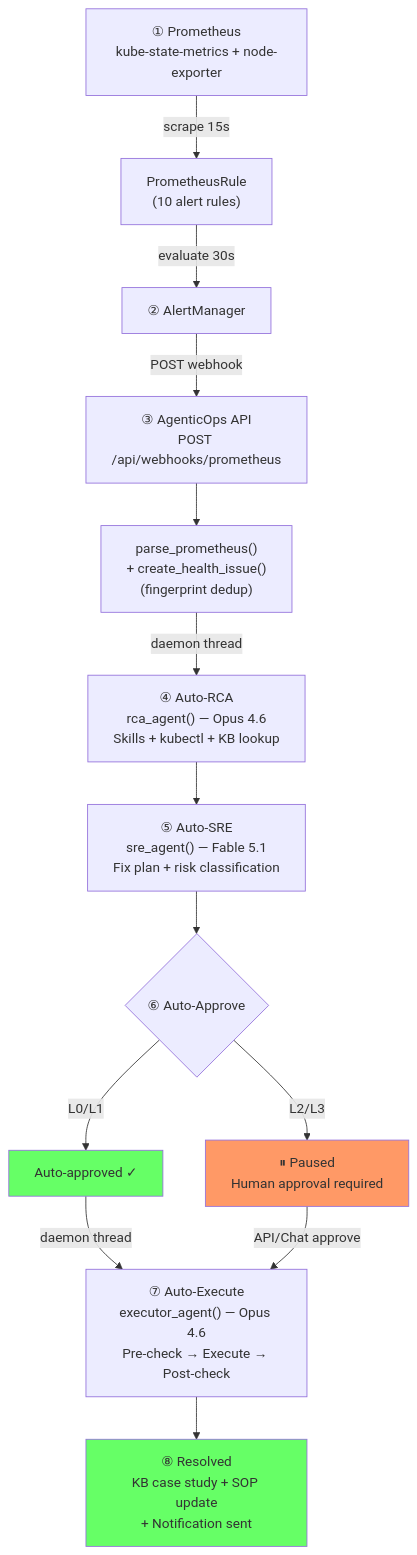
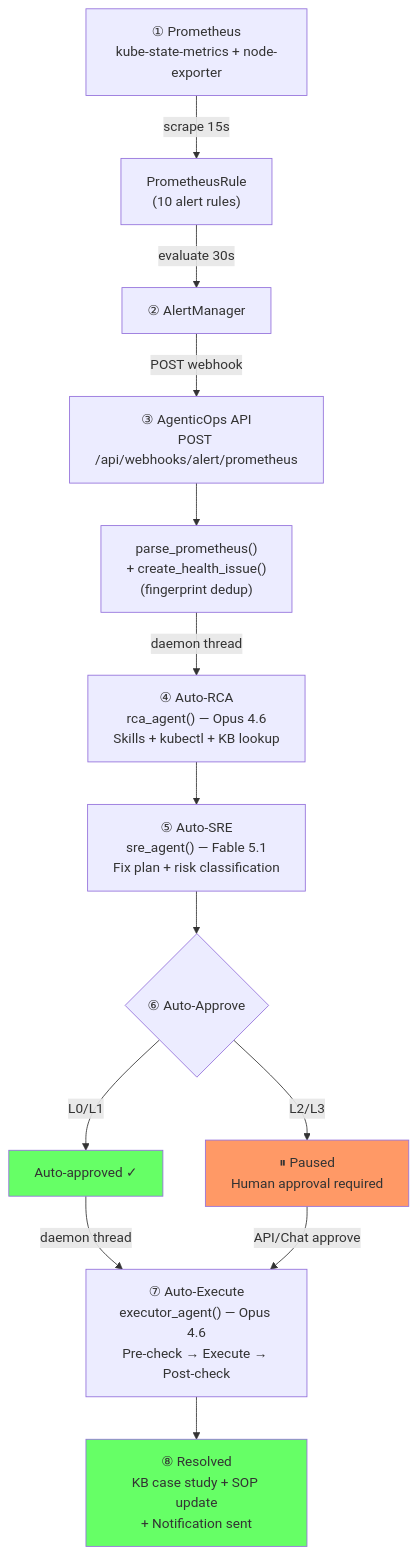
One commit to LiboMa/agenticops-chat changed the eighth of 20 diagrams in docs/WORKFLOW.md. Above: the diagram before and after it, drawn with Mermaid. The commit also changed other lines of this file and 3 other files, not shown here.

````diff
--- a/docs/WORKFLOW.md
+++ b/docs/WORKFLOW.md
@@ -348,26 +348,26 @@
 ```mermaid
 flowchart TD
     PROM["① Prometheus<br/>kube-state-metrics + node-exporter"] -->|scrape 15s| RULES["PrometheusRule<br/>(10 alert rules)"]
     RULES -->|evaluate 30s| AM["② AlertManager"]
-    AM -->|POST webhook| WH["③ AgenticOps API<br/>POST /api/webhooks/prometheus"]
+    AM -->|POST webhook| WH["③ AgenticOps API<br/>POST /api/webhooks/alert/prometheus"]
 
     WH --> PARSE["parse_prometheus()<br/>+ create_health_issue()<br/>(fingerprint dedup)"]
 
     PARSE -->|daemon thread| RCA["④ Auto-RCA<br/>rca_agent() — Opus 4.6<br/>Skills + kubectl + KB lookup"]
 
     RCA --> SRE["⑤ Auto-SRE<br/>sre_agent() — Fable 5.1<br/>Fix plan + risk classification"]
 
     SRE --> APPROVE{"⑥ Auto-Approve"}
     APPROVE -->|L0/L1| AUTO["Auto-approved ✓"]
     APPROVE -->|L2/L3| HUMAN["⏸ Paused<br/>Human approval required"]
 
     AUTO -->|daemon thread| EXEC["⑦ Auto-Execute<br/>executor_agent() — Opus 4.6<br/>Pre-check → Execute → Post-check"]
 
     HUMAN -->|API/Chat approve| EXEC
 
     EXEC --> RESOLVE["⑧ Resolved<br/>KB case study + SOP update<br/>+ Notification sent"]
 
     style AUTO fill:#6f6
     style HUMAN fill:#f96
     style RESOLVE fill:#6f6
 ```
````
